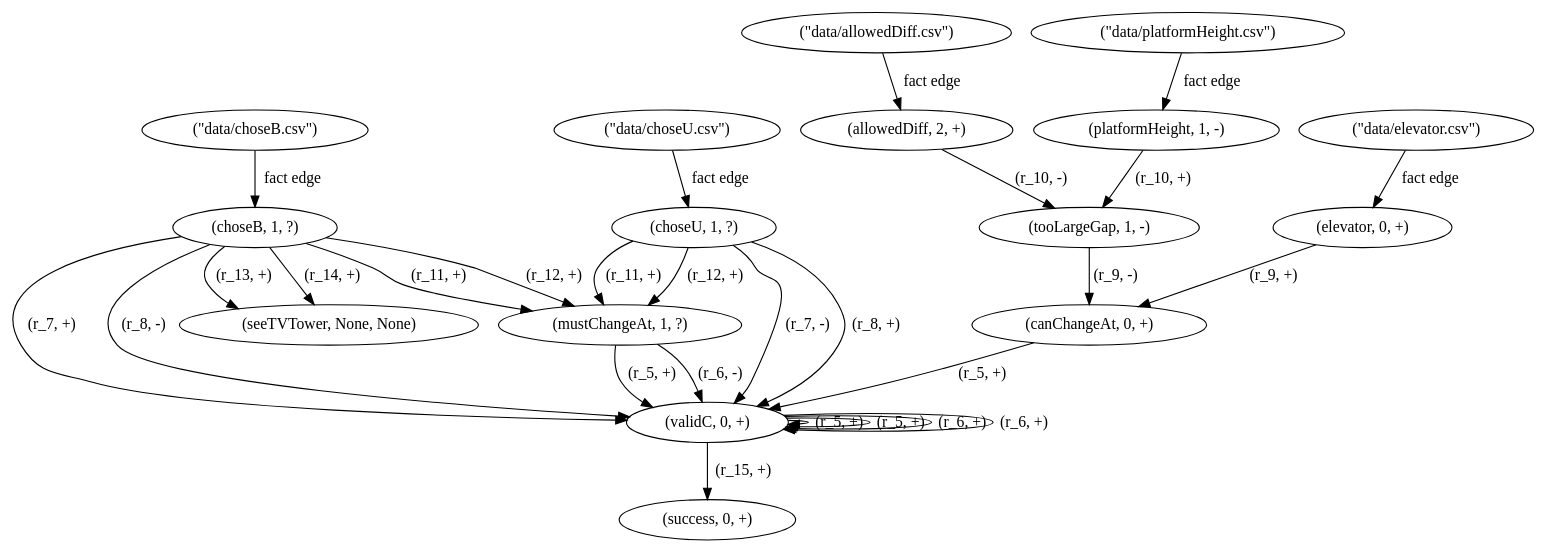
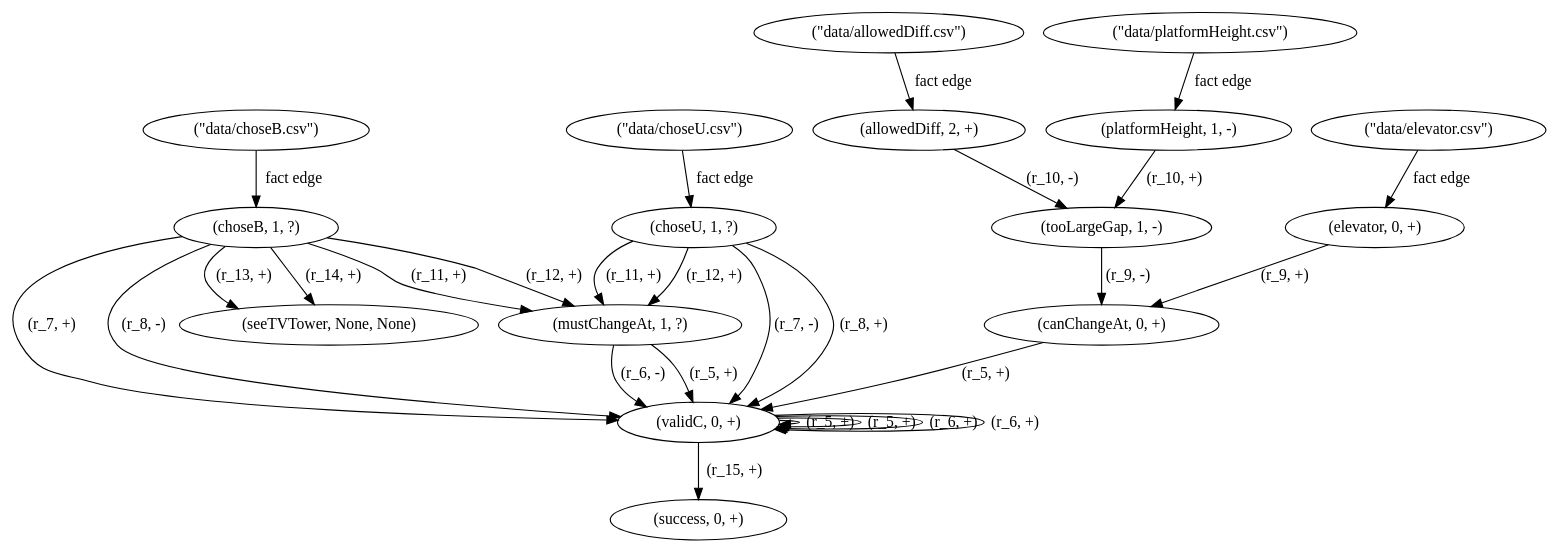
One commit to Leo-Aus-Berlin/nemo-metamorphic-testing changed the diagram in Transformation Sequence 1/input/input_adg.dot. Above: the diagram before and after it, drawn with Graphviz. The commit also changed 19 other files, not shown here.

```diff
--- a/Transformation Sequence 1/input/input_adg.dot
+++ b/Transformation Sequence 1/input/input_adg.dot
@@ -1,45 +1,45 @@
 digraph {
-    0 [ label = "(canChangeAt, 0, +)" ]
-    1 [ label = "(allowedDiff, 2, +)" ]
+    0 [ label = "(mustChangeAt, 1, ?)" ]
+    1 [ label = "(canChangeAt, 0, +)" ]
     2 [ label = "(validC, 0, +)" ]
-    3 [ label = "(choseU, 1, ?)" ]
+    3 [ label = "(choseB, 1, ?)" ]
     4 [ label = "(tooLargeGap, 1, -)" ]
     5 [ label = "(seeTVTower, None, None)" ]
-    6 [ label = "(mustChangeAt, 1, ?)" ]
-    7 [ label = "(elevator, 0, +)" ]
-    8 [ label = "(success, 0, +)" ]
-    9 [ label = "(choseB, 1, ?)" ]
-    10 [ label = "(platformHeight, 1, -)" ]
+    6 [ label = "(success, 0, +)" ]
+    7 [ label = "(allowedDiff, 2, +)" ]
+    8 [ label = "(platformHeight, 1, -)" ]
+    9 [ label = "(choseU, 1, ?)" ]
+    10 [ label = "(elevator, 0, +)" ]
     11 [ label = "(\"data/choseU.csv\")" ]
     12 [ label = "(\"data/choseB.csv\")" ]
     13 [ label = "(\"data/elevator.csv\")" ]
     14 [ label = "(\"data/platformHeight.csv\")" ]
     15 [ label = "(\"data/allowedDiff.csv\")" ]
-    11 -> 3 [ label = "fact edge" ]
-    12 -> 9 [ label = "fact edge" ]
-    13 -> 7 [ label = "fact edge" ]
-    14 -> 10 [ label = "fact edge" ]
-    15 -> 1 [ label = "fact edge" ]
+    11 -> 9 [ label = "fact edge" ]
+    12 -> 3 [ label = "fact edge" ]
+    13 -> 10 [ label = "fact edge" ]
+    14 -> 8 [ label = "fact edge" ]
+    15 -> 7 [ label = "fact edge" ]
     2 -> 2 [ label = "(r_5, +)" ]
     2 -> 2 [ label = "(r_5, +)" ]
-    6 -> 2 [ label = "(r_5, +)" ]
     0 -> 2 [ label = "(r_5, +)" ]
+    1 -> 2 [ label = "(r_5, +)" ]
     2 -> 2 [ label = "(r_6, +)" ]
     2 -> 2 [ label = "(r_6, +)" ]
-    6 -> 2 [ label = "(r_6, -)" ]
-    9 -> 2 [ label = "(r_7, +)" ]
-    3 -> 2 [ label = "(r_7, -)" ]
-    3 -> 2 [ label = "(r_8, +)" ]
-    9 -> 2 [ label = "(r_8, -)" ]
-    7 -> 0 [ label = "(r_9, +)" ]
-    4 -> 0 [ label = "(r_9, -)" ]
-    10 -> 4 [ label = "(r_10, +)" ]
-    1 -> 4 [ label = "(r_10, -)" ]
-    3 -> 6 [ label = "(r_11, +)" ]
-    9 -> 6 [ label = "(r_11, +)" ]
-    9 -> 6 [ label = "(r_12, +)" ]
-    3 -> 6 [ label = "(r_12, +)" ]
-    9 -> 5 [ label = "(r_13, +)" ]
-    9 -> 5 [ label = "(r_14, +)" ]
-    2 -> 8 [ label = "(r_15, +)" ]
+    0 -> 2 [ label = "(r_6, -)" ]
+    3 -> 2 [ label = "(r_7, +)" ]
+    9 -> 2 [ label = "(r_7, -)" ]
+    9 -> 2 [ label = "(r_8, +)" ]
+    3 -> 2 [ label = "(r_8, -)" ]
+    10 -> 1 [ label = "(r_9, +)" ]
+    4 -> 1 [ label = "(r_9, -)" ]
+    8 -> 4 [ label = "(r_10, +)" ]
+    7 -> 4 [ label = "(r_10, -)" ]
+    9 -> 0 [ label = "(r_11, +)" ]
+    3 -> 0 [ label = "(r_11, +)" ]
+    3 -> 0 [ label = "(r_12, +)" ]
+    9 -> 0 [ label = "(r_12, +)" ]
+    3 -> 5 [ label = "(r_13, +)" ]
+    3 -> 5 [ label = "(r_14, +)" ]
+    2 -> 6 [ label = "(r_15, +)" ]
 }
```
